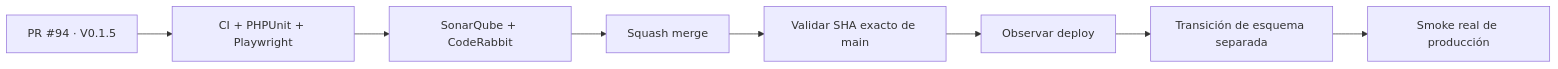
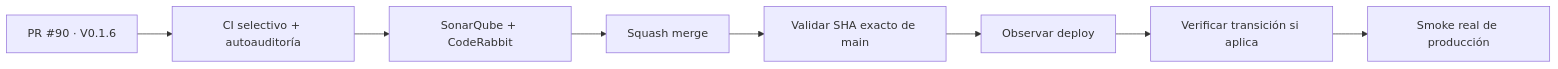
The diagram in README.md (pl0n3r/Condor), drawn with Mermaid before and after one commit. The commit also changed other lines of this file and 19 other files, not shown here.

````diff
--- a/README.md
+++ b/README.md
@@ -71,10 +64,10 @@
 ```mermaid
 flowchart LR
-    A[PR #94 · V0.1.5] --> B[CI + PHPUnit + Playwright]
+    A[PR #90 · V0.1.6] --> B[CI selectivo + autoauditoría]
     B --> C[SonarQube + CodeRabbit]
     C --> D[Squash merge]
     D --> E[Validar SHA exacto de main]
     E --> F[Observar deploy]
-    F --> G[Transición de esquema separada]
+    F --> G[Verificar transición si aplica]
     G --> H[Smoke real de producción]
 ```
````
